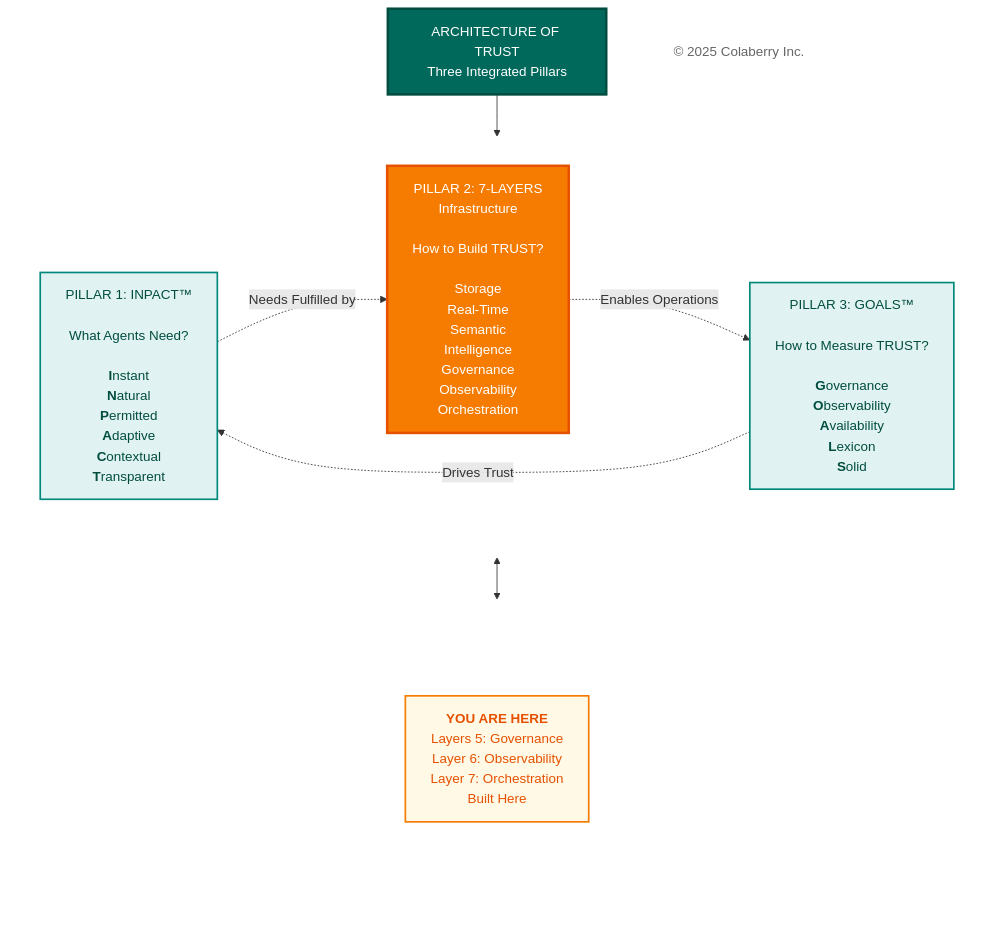
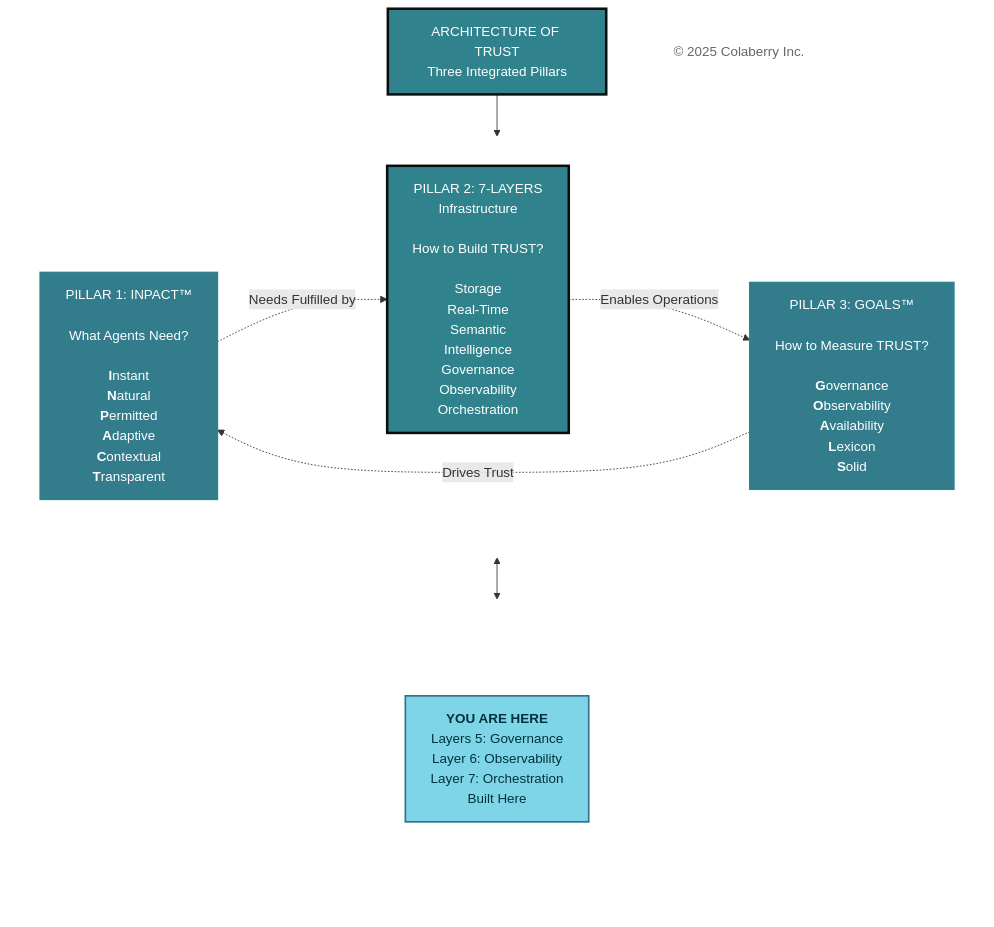
Before and after one commit to saitejesh-cyber/trust-before-intelligence-book: the second of 14 diagrams in manuscript/07_chapter_6_transparency_orchestration_layers.md, drawn with Mermaid. The commit also changed other lines of this file, not shown here.

Commit message:
Update mermaid diagrams as per new coloberry color and contrast ratio for chapter 7

````diff
--- a/manuscript/07_chapter_6_transparency_orchestration_layers.md
+++ b/manuscript/07_chapter_6_transparency_orchestration_layers.md
@@ -57,49 +57,49 @@
 ```mermaid
 
 
 
 graph TB
     Title["ARCHITECTURE OF TRUST<br/>Three Integrated Pillars"]
     
     subgraph PILLARS[" "]
         direction LR
         INPACT["`PILLAR 1: INPACT™<br/><br/>What Agents Need?<br/><br/>**I**nstant<br/>**N**atural<br/>**P**ermitted<br/>**A**daptive<br/>**C**ontextual<br/>**T**ransparent`"]
         
         Layers["PILLAR 2: 7-LAYERS<br/>Infrastructure<br/><br/>How to Build TRUST?<br/><br/>Storage<br/>Real-Time<br/>Semantic<br/>Intelligence<br/>Governance<br/>Observability<br/>Orchestration"]
         
         GOALS["`PILLAR 3: GOALS™<br/><br/>How to Measure TRUST?<br/><br/>**G**overnance<br/>**O**bservability<br/>**A**vailability<br/>**L**exicon<br/>**S**olid`"]
     end
     
     subgraph INDICATOR[" "]
         direction LR
         Spacer1[" "]
         YouAreHere["<b>YOU ARE HERE</b><br/>Layers 5: Governance <br/> Layer 6: Observability<br/> Layer 7: Orchestration<br/> Built Here"]
         Spacer2[" "]
     end
     
     Copyright["© 2025 Colaberry Inc."]
     
     Title --> PILLARS
     PILLARS <--> INDICATOR
     
     INPACT -.->|"Needs Fulfilled by"| Layers
     Layers -.->|"Enables Operations"| GOALS
     GOALS -.->|"Drives Trust"| INPACT
 
-    style Title fill:#00695c,color:#ffffff,stroke:#004d40,stroke-width:3px
+    style Title fill:#30838C,color:#ffffff,stroke:#0D0D0D,stroke-width:3px
     style PILLARS fill:none,stroke:none
     style INDICATOR fill:none,stroke:none
-    style INPACT fill:#e0f2f1,stroke:#00897b,stroke-width:2px,color:#004d40
-    style Layers fill:#f57c00,stroke:#e65100,stroke-width:3px,color:#ffffff
-    style GOALS fill:#e0f2f1,stroke:#00897b,stroke-width:2px,color:#004d40
+    style INPACT fill:#327C8C,stroke:#30838C,stroke-width:2px,color:#ffffff
+    style Layers fill:#30838C,color:#ffffff,stroke:#0D0D0D,stroke-width:3px
+    style GOALS fill:#327C8C,stroke:#30838C,stroke-width:2px,color:#ffffff
     style Spacer1 fill:none,stroke:none,color:transparent
-    style YouAreHere fill:#fff9e6,stroke:#f57c00,stroke-width:2px,color:#e65100
+    style YouAreHere fill:#7FD5E8,stroke:#32738C,stroke-width:2px,color:#00323D
     style Spacer2 fill:none,stroke:none,color:transparent
     style Copyright fill:#ffffff,stroke:none,color:#666666
 
 
 
 
 
 
 ```
````
